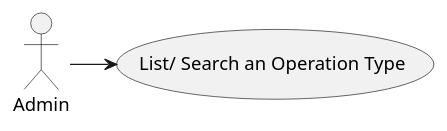
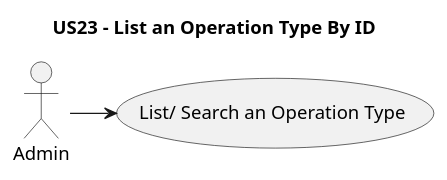
The diagram in docs/sprintA/global-artifacts/Level 1/Vista de Cenário/US5.1.23.puml (Ana6363/BackOffice), drawn with PlantUML before and after one commit. The commit also changed 17 other files, not shown here.

```diff
--- a/docs/sprintA/global-artifacts/Level 1/Vista de Cenário/US5.1.23.puml
+++ b/docs/sprintA/global-artifacts/Level 1/Vista de Cenário/US5.1.23.puml
@@ -1,10 +1,13 @@
 @startuml
 'https://plantuml.com/use-case-diagram
+
+title US23 - List an Operation Type By ID
+
 
 :Admin: as Actor
 
 
 Actor -> (List/ Search an Operation Type)
 
 
 @enduml
```
